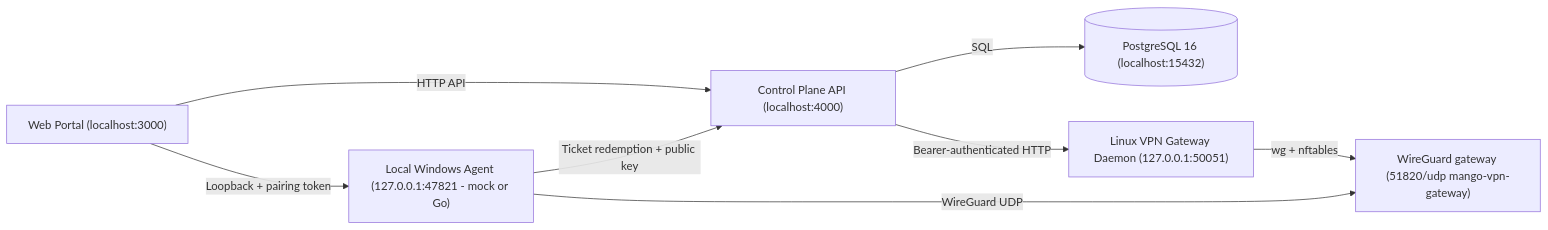
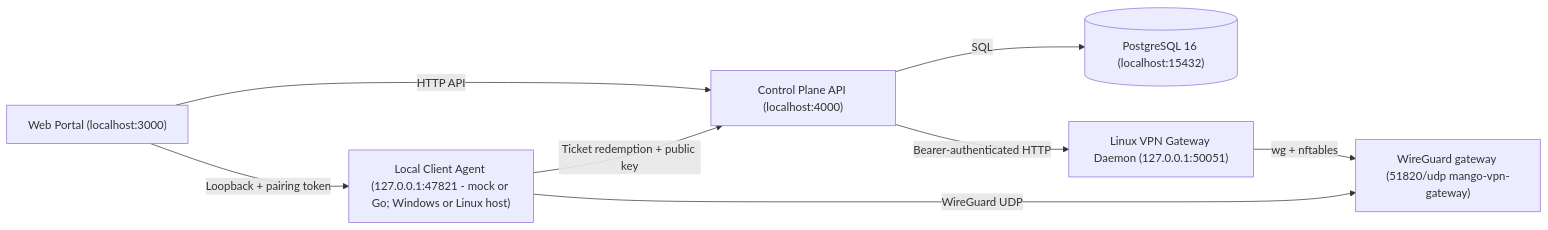
The diagram in TUTORIAL.md (SobreeH/Mango_VPN_Trainee), drawn with Mermaid before and after one commit. The commit also changed other lines of this file and 8 other files, not shown here.

Commit message:
docs: align English and Thai guides for Windows and Linux development and testing

````diff
--- a/TUTORIAL.md
+++ b/TUTORIAL.md
@@ -15,10 +22,10 @@
 ```mermaid
 flowchart LR
     Browser["Web Portal (localhost:3000)"] -->|HTTP API| API["Control Plane API (localhost:4000)"]
     API -->|SQL| DB[("PostgreSQL 16 (localhost:15432)")]
-    Browser -->|Loopback + pairing token| Agent["Local Windows Agent (127.0.0.1:47821 - mock or Go)"]
+    Browser -->|Loopback + pairing token| Agent["Local Client Agent (127.0.0.1:47821 - mock or Go; Windows or Linux host)"]
     Agent -->|Ticket redemption + public key| API
     API -->|Bearer-authenticated HTTP| Gateway["Linux VPN Gateway Daemon (127.0.0.1:50051)"]
     Agent -->|WireGuard UDP| WG["WireGuard gateway (51820/udp mango-vpn-gateway)"]
     Gateway -->|wg + nftables| WG
 ```
````
